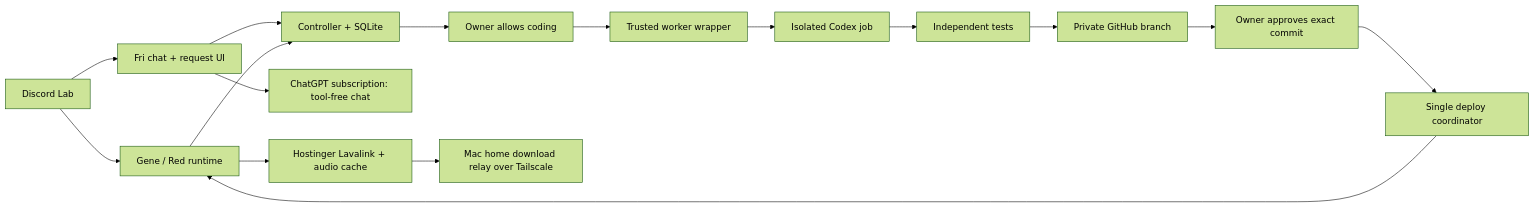
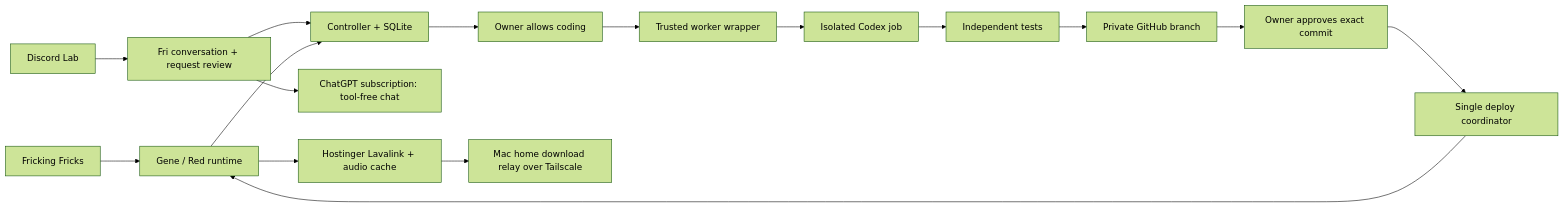
One commit to HumanMint/gene changed the diagram in README.md. Above: the diagram before and after it, drawn with Mermaid (forest theme). The commit also changed other lines of this file and 18 other files, not shown here.

Commit message:
Make Fri conversational and prepare Gene for FF

````diff
--- a/README.md
+++ b/README.md
@@ -69,18 +80,18 @@
 ```mermaid
 flowchart LR
-  U[Discord Lab] --> R[Gene / Red runtime]
-  U --> F[Fri chat + request UI]
+  U[Fricking Fricks] --> R[Gene / Red runtime]
+  L[Discord Lab] --> F[Fri conversation + request review]
   F --> C[Controller + SQLite]
   F --> O[ChatGPT subscription: tool-free chat]
   R --> C
   C --> I[Owner allows coding]
   I --> W[Trusted worker wrapper]
   W --> S[Isolated Codex job]
   S --> T[Independent tests]
   T --> G[Private GitHub branch]
   G --> A[Owner approves exact commit]
   A --> D[Single deploy coordinator]
   D --> R
-  R --> L[Hostinger Lavalink + audio cache]
-  L --> M[Mac home download relay over Tailscale]
+  R --> A1[Hostinger Lavalink + audio cache]
+  A1 --> M[Mac home download relay over Tailscale]
 ```
````
